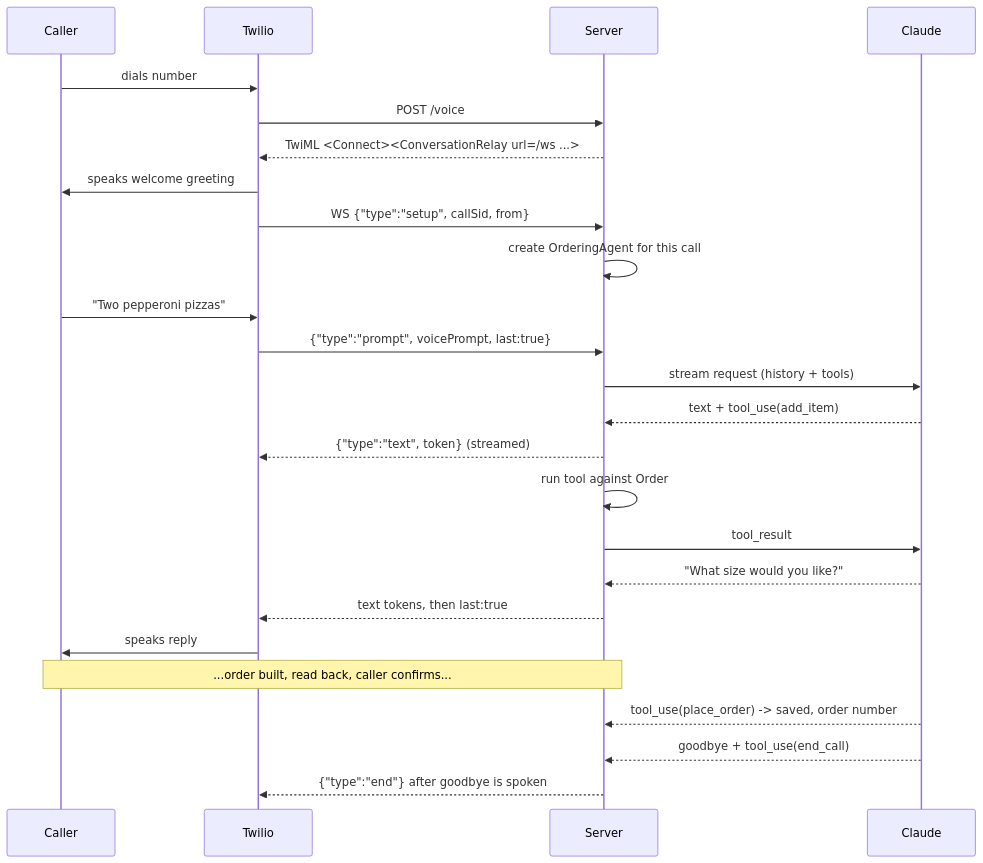
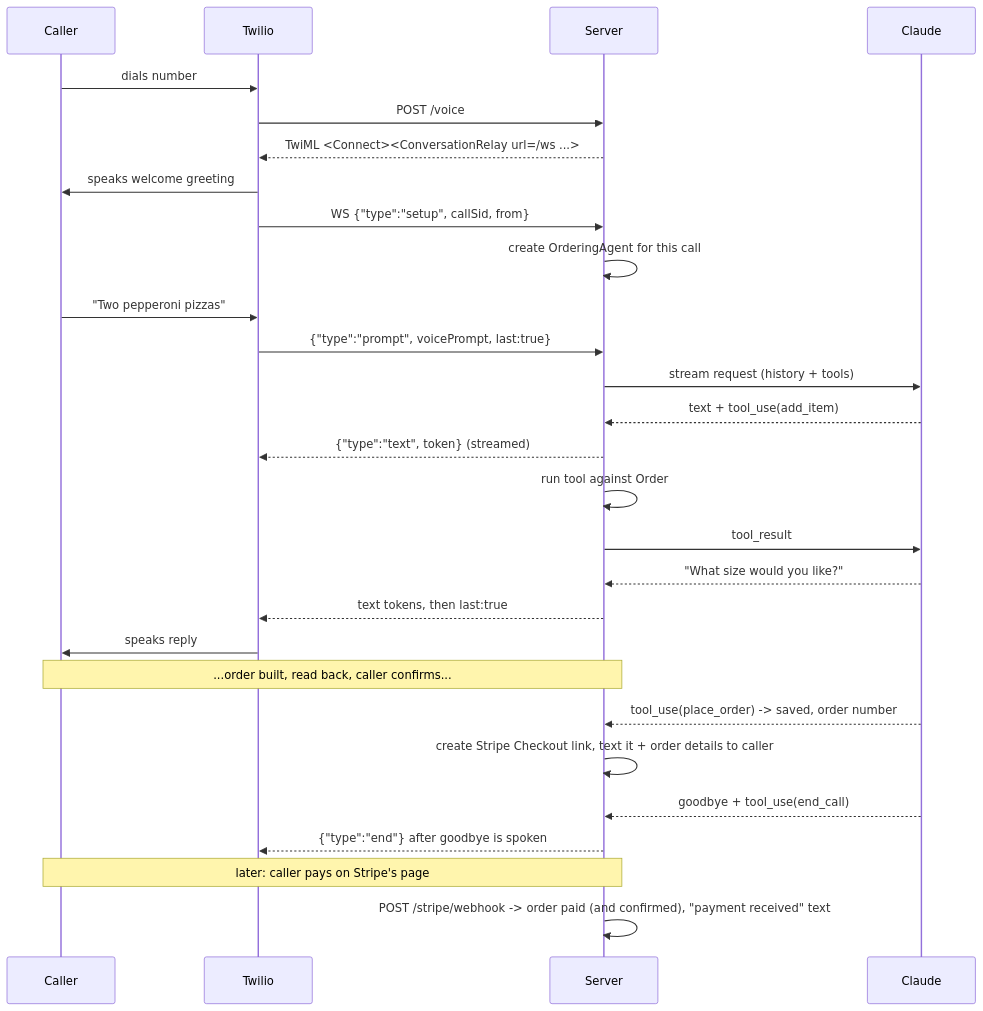
Before and after one commit to kapilvallamkonda/Demo-Ordering-Agent: the second of 2 diagrams in docs/DESIGN.md, drawn with Mermaid. The commit also changed other lines of this file and 21 other files, not shown here.

````diff
--- a/docs/DESIGN.md
+++ b/docs/DESIGN.md
@@ -53,27 +62,30 @@
 ```mermaid
 sequenceDiagram
     participant C as Caller
     participant T as Twilio
     participant S as Server
     participant A as Claude
     C->>T: dials number
     T->>S: POST /voice
     S-->>T: TwiML <Connect><ConversationRelay url=/ws ...>
     T->>C: speaks welcome greeting
     T->>S: WS {"type":"setup", callSid, from}
     S->>S: create OrderingAgent for this call
     C->>T: "Two pepperoni pizzas"
     T->>S: {"type":"prompt", voicePrompt, last:true}
     S->>A: stream request (history + tools)
     A-->>S: text + tool_use(add_item)
     S-->>T: {"type":"text", token} (streamed)
     S->>S: run tool against Order
     S->>A: tool_result
     A-->>S: "What size would you like?"
     S-->>T: text tokens, then last:true
     T->>C: speaks reply
     Note over C,S: ...order built, read back, caller confirms...
     A-->>S: tool_use(place_order) -> saved, order number
+    S->>S: create Stripe Checkout link, text it + order details to caller
     A-->>S: goodbye + tool_use(end_call)
     S-->>T: {"type":"end"} after goodbye is spoken
+    Note over C,S: later: caller pays on Stripe's page
+    S->>S: POST /stripe/webhook -> order paid (and confirmed), "payment received" text
 ```
````
